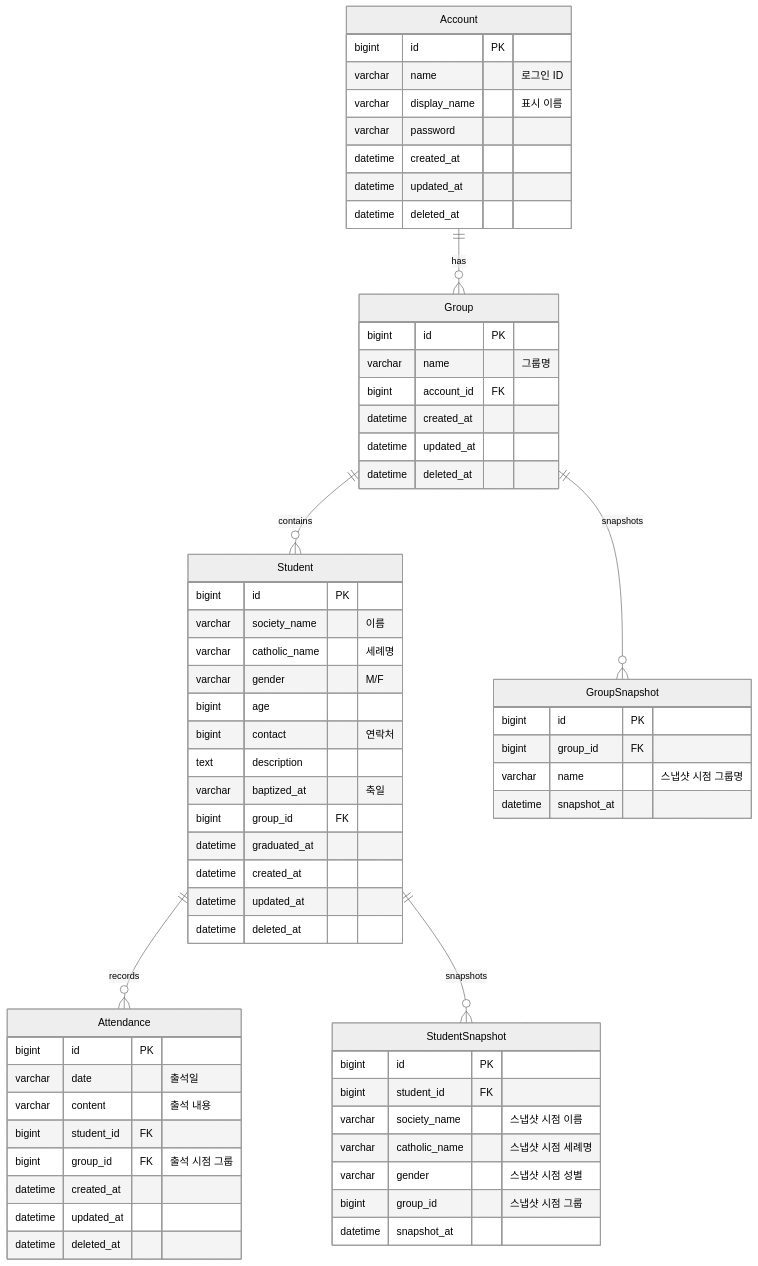
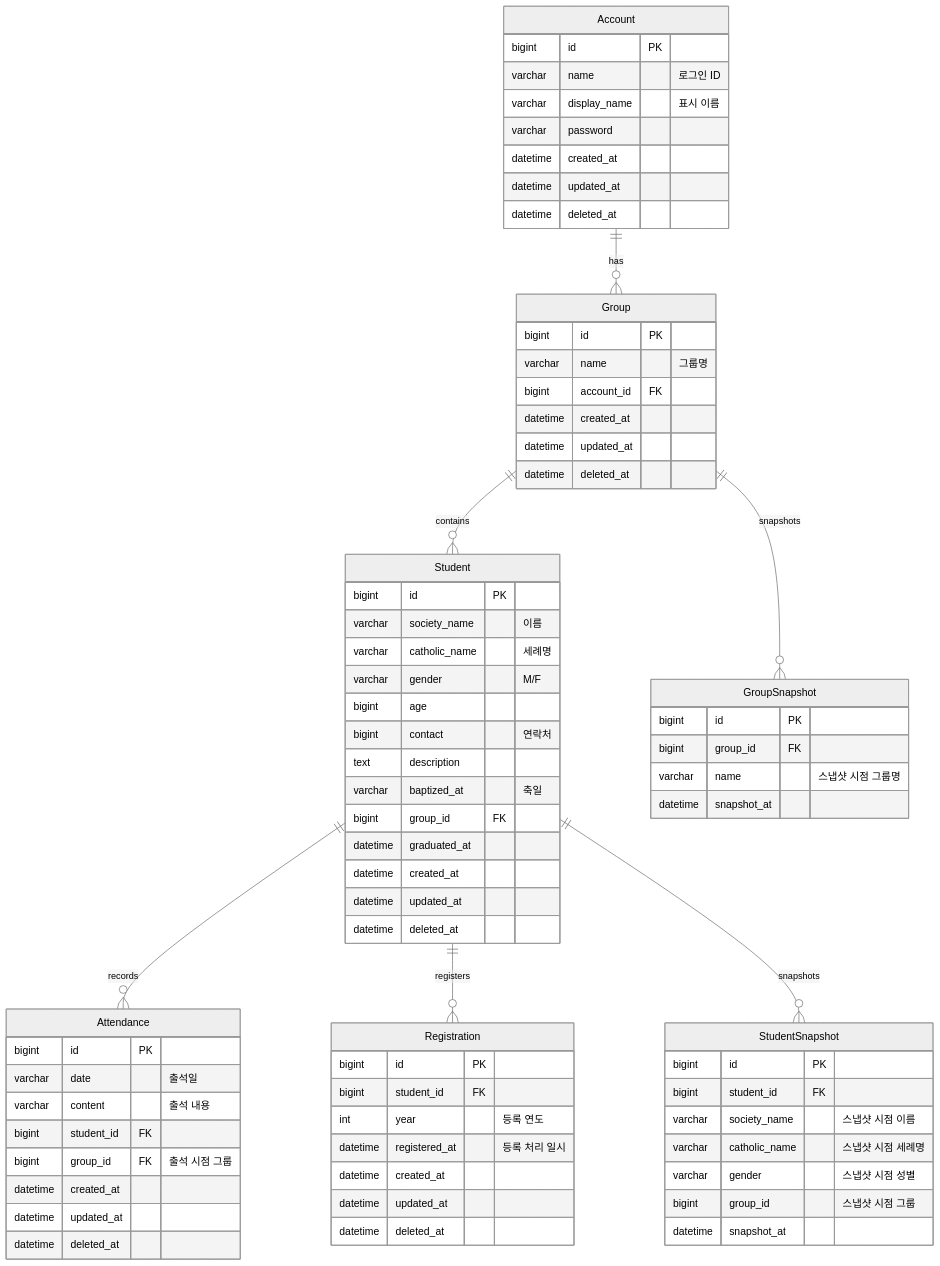
Before and after one commit to dc-choi/school-manage: the second of 2 diagrams in README.md, drawn with Mermaid (neutral theme). The commit also changed other lines of this file and 30 other files, not shown here.

````diff
--- a/README.md
+++ b/README.md
@@ -83,71 +83,82 @@
 ```mermaid
 erDiagram
     Account ||--o{ Group : has
     Group ||--o{ Student : contains
     Student ||--o{ Attendance : records
+    Student ||--o{ Registration : registers
     Student ||--o{ StudentSnapshot : snapshots
     Group ||--o{ GroupSnapshot : snapshots
 
     Account {
         bigint id PK
         varchar name "로그인 ID"
         varchar display_name "표시 이름"
         varchar password
         datetime created_at
         datetime updated_at
         datetime deleted_at
     }
 
     Group {
         bigint id PK
         varchar name "그룹명"
         bigint account_id FK
         datetime created_at
         datetime updated_at
         datetime deleted_at
     }
 
     Student {
         bigint id PK
         varchar society_name "이름"
         varchar catholic_name "세례명"
         varchar gender "M/F"
         bigint age
         bigint contact "연락처"
         text description
         varchar baptized_at "축일"
         bigint group_id FK
         datetime graduated_at
         datetime created_at
         datetime updated_at
         datetime deleted_at
     }
 
     Attendance {
         bigint id PK
         varchar date "출석일"
         varchar content "출석 내용"
         bigint student_id FK
         bigint group_id FK "출석 시점 그룹"
         datetime created_at
         datetime updated_at
         datetime deleted_at
     }
 
+    Registration {
+        bigint id PK
+        bigint student_id FK
+        int year "등록 연도"
+        datetime registered_at "등록 처리 일시"
+        datetime created_at
+        datetime updated_at
+        datetime deleted_at
+    }
+
     StudentSnapshot {
         bigint id PK
         bigint student_id FK
         varchar society_name "스냅샷 시점 이름"
         varchar catholic_name "스냅샷 시점 세례명"
         varchar gender "스냅샷 시점 성별"
         bigint group_id "스냅샷 시점 그룹"
         datetime snapshot_at
     }
 
     GroupSnapshot {
         bigint id PK
         bigint group_id FK
         varchar name "스냅샷 시점 그룹명"
         datetime snapshot_at
     }
 ```
````
